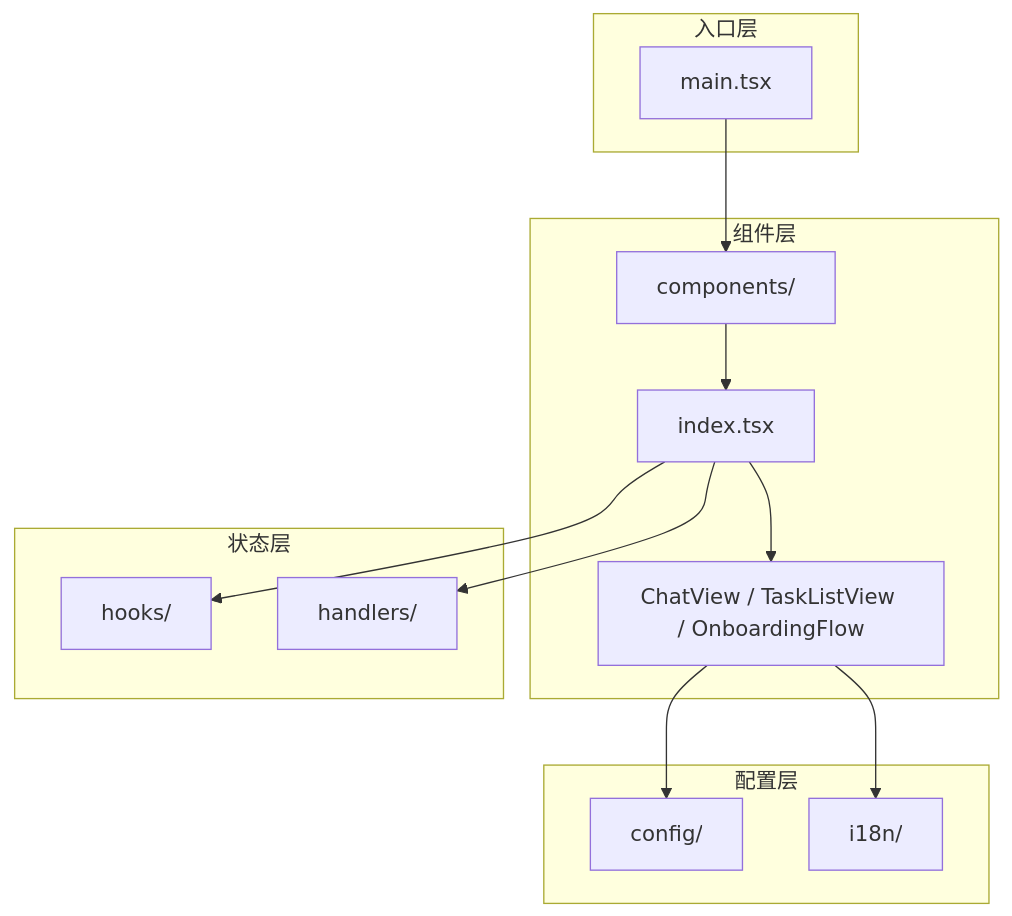
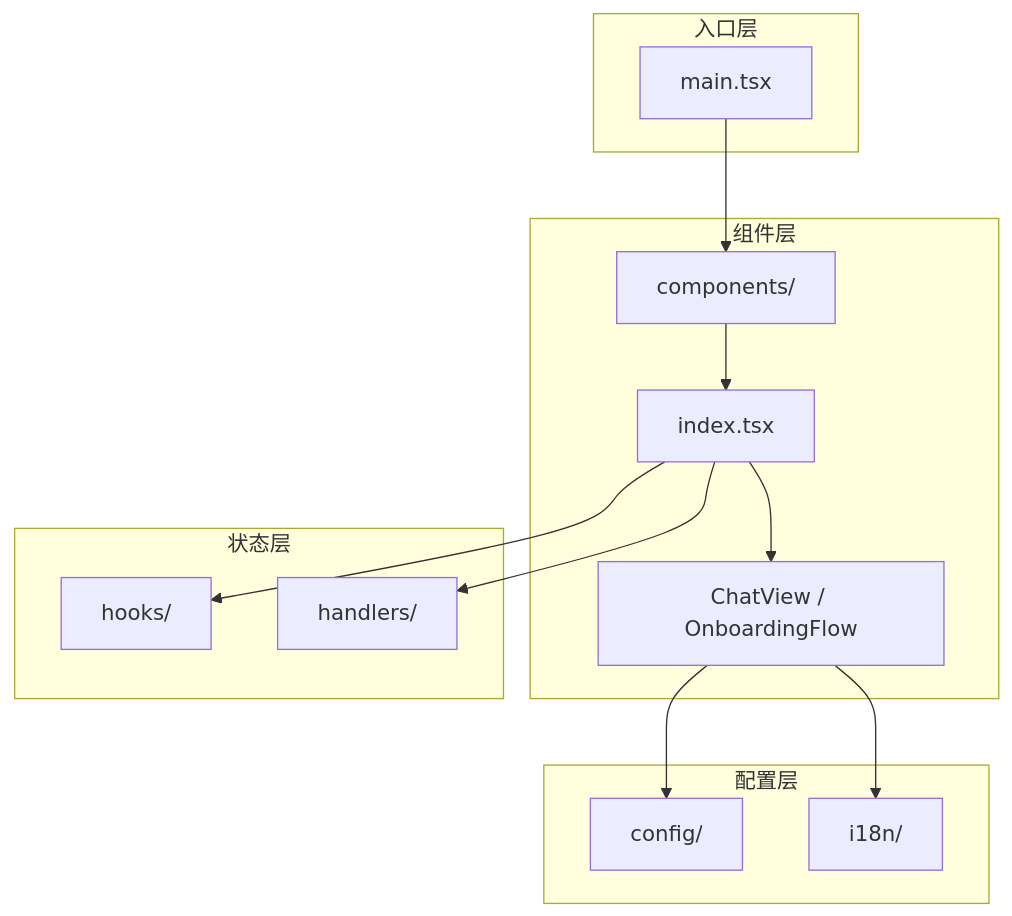
One commit to OpenNekoPaw/neko-suite changed the diagram in packages/neko-agent/packages/webview/src/README.md. Above: the diagram before and after it, drawn with Mermaid. The commit also changed other lines of this file and 25 other files, not shown here.

````diff
--- a/packages/neko-agent/packages/webview/src/README.md
+++ b/packages/neko-agent/packages/webview/src/README.md
@@ -29,28 +29,28 @@
 ```mermaid
 graph TB
     subgraph "入口层"
         Main[main.tsx]
     end
 
     subgraph "组件层"
         Components[components/]
         Components --> AIAssistant[index.tsx]
-        AIAssistant --> Views[ChatView / TaskListView / OnboardingFlow]
+        AIAssistant --> Views[ChatView / OnboardingFlow]
     end
 
     subgraph "状态层"
         Hooks[hooks/]
         Handlers[handlers/]
     end
 
     subgraph "配置层"
         Config[config/]
         I18n[i18n/]
     end
 
     Main --> Components
     AIAssistant --> Hooks
     AIAssistant --> Handlers
     Views --> Config
     Views --> I18n
 ```
````
